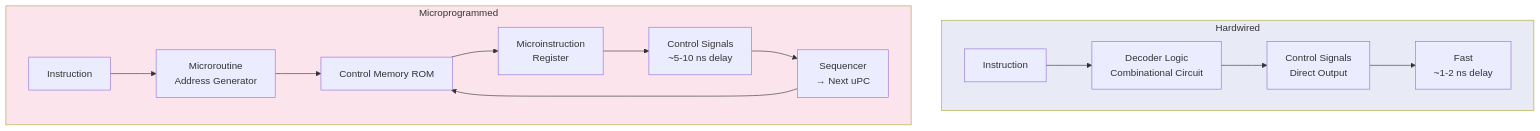
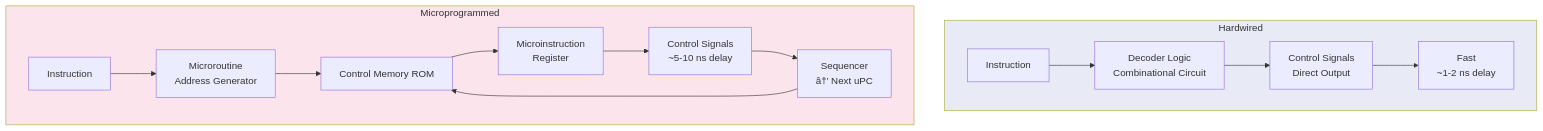
Before and after one commit to Raushan666java/ai-engineering-journey: the seventh of 7 diagrams in docs/courses/computer-architecture/02-cpu-organization.md, drawn with Mermaid. The commit also changed other lines of this file and 735 other files, not shown here.

````diff
--- a/docs/courses/computer-architecture/02-cpu-organization.md
+++ b/docs/courses/computer-architecture/02-cpu-organization.md
@@ -1096,18 +1096,18 @@
 ```mermaid
 flowchart TD
     subgraph Hardwired
         H1[Instruction] --> H2[Decoder Logic<br/>Combinational Circuit]
         H2 --> H3[Control Signals<br/>Direct Output]
         H3 --> H4[Fast<br/>~1-2 ns delay]
     end
     subgraph Microprogrammed
         M1[Instruction] --> M2[Microroutine<br/>Address Generator]
         M2 --> M3[Control Memory ROM]
         M3 --> M4[Microinstruction<br/>Register]
         M4 --> M5[Control Signals<br/>~5-10 ns delay]
-        M5 --> M6[Sequencer<br/>→ Next uPC]
+        M5 --> M6[Sequencer<br/>â†’ Next uPC]
         M6 --> M3
     end
     style Hardwired fill:#e8eaf6
     style Microprogrammed fill:#fce4ec
 ```
````
